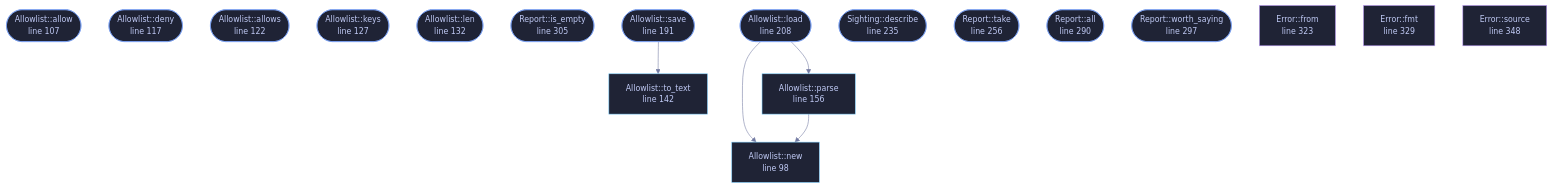
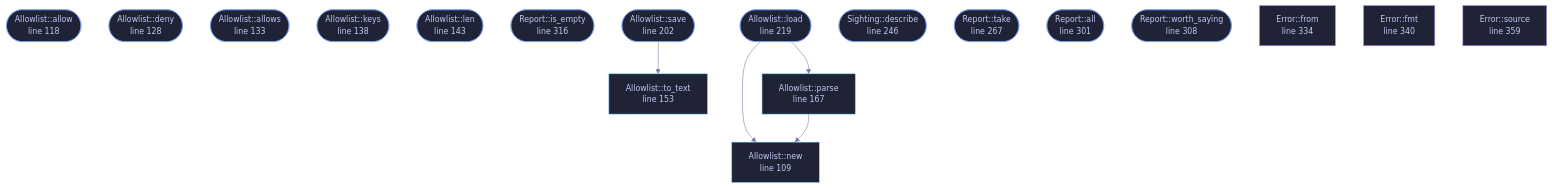
Before and after one commit to tilas01/veilvoice: the diagram in wiki/File-veilvoice-capture-lib.md, drawn with Mermaid. The commit also changed other lines of this file and 182 other files, not shown here.

````diff
--- a/wiki/File-veilvoice-capture-lib.md
+++ b/wiki/File-veilvoice-capture-lib.md
@@ -110,52 +122,52 @@
 ```mermaid
 %%{init: {"theme":"base","themeVariables":{"background":"#1a1b26","primaryColor":"#1f2335","primaryTextColor":"#c0caf5","primaryBorderColor":"#7aa2f7","secondaryColor":"#16161e","tertiaryColor":"#16161e","lineColor":"#737aa2","textColor":"#c0caf5","mainBkg":"#1f2335","nodeBorder":"#7aa2f7","clusterBkg":"#16161e","clusterBorder":"#2f3549","fontFamily":"ui-monospace, SFMono-Regular, Consolas, monospace","fontSize":"14px"}}}%%
 flowchart TD
-    n_new["Allowlist::new<br/>line 98"]
-    n_allow(["Allowlist::allow<br/>line 107"])
-    n_deny(["Allowlist::deny<br/>line 117"])
-    n_allows(["Allowlist::allows<br/>line 122"])
-    n_keys(["Allowlist::keys<br/>line 127"])
-    n_len(["Allowlist::len<br/>line 132"])
-    n_is_empty(["Allowlist::is_empty<br/>line 137"])
-    n_to_text["Allowlist::to_text<br/>line 142"]
-    n_parse["Allowlist::parse<br/>line 156"]
-    n_save(["Allowlist::save<br/>line 191"])
-    n_load(["Allowlist::load<br/>line 208"])
-    n_describe(["Sighting::describe<br/>line 235"])
-    n_take(["Report::take<br/>line 256"])
-    n_all(["Report::all<br/>line 290"])
-    n_worth_saying(["Report::worth_saying<br/>line 297"])
-    n_is_empty(["Report::is_empty<br/>line 305"])
-    n_from["Error::from<br/>line 323"]
-    n_fmt["Error::fmt<br/>line 329"]
-    n_source["Error::source<br/>line 348"]
+    n_new["Allowlist::new<br/>line 109"]
+    n_allow(["Allowlist::allow<br/>line 118"])
+    n_deny(["Allowlist::deny<br/>line 128"])
+    n_allows(["Allowlist::allows<br/>line 133"])
+    n_keys(["Allowlist::keys<br/>line 138"])
+    n_len(["Allowlist::len<br/>line 143"])
+    n_is_empty(["Allowlist::is_empty<br/>line 148"])
+    n_to_text["Allowlist::to_text<br/>line 153"]
+    n_parse["Allowlist::parse<br/>line 167"]
+    n_save(["Allowlist::save<br/>line 202"])
+    n_load(["Allowlist::load<br/>line 219"])
+    n_describe(["Sighting::describe<br/>line 246"])
+    n_take(["Report::take<br/>line 267"])
+    n_all(["Report::all<br/>line 301"])
+    n_worth_saying(["Report::worth_saying<br/>line 308"])
+    n_is_empty(["Report::is_empty<br/>line 316"])
+    n_from["Error::from<br/>line 334"]
+    n_fmt["Error::fmt<br/>line 340"]
+    n_source["Error::source<br/>line 359"]
     n_load --> n_new
     n_load --> n_parse
     n_parse --> n_new
     n_save --> n_to_text
-    click n_new href "https://github.com/tilas01/veilvoice/blob/main/crates/veilvoice-capture/src/lib.rs#L98" "open the source"
-    click n_allow href "https://github.com/tilas01/veilvoice/blob/main/crates/veilvoice-capture/src/lib.rs#L107" "open the source"
-    click n_deny href "https://github.com/tilas01/veilvoice/blob/main/crates/veilvoice-capture/src/lib.rs#L117" "open the source"
-    click n_allows href "https://github.com/tilas01/veilvoice/blob/main/crates/veilvoice-capture/src/lib.rs#L122" "open the source"
-    click n_keys href "https://github.com/tilas01/veilvoice/blob/main/crates/veilvoice-capture/src/lib.rs#L127" "open the source"
-    click n_len href "https://github.com/tilas01/veilvoice/blob/main/crates/veilvoice-capture/src/lib.rs#L132" "open the source"
-    click n_is_empty href "https://github.com/tilas01/veilvoice/blob/main/crates/veilvoice-capture/src/lib.rs#L137" "open the source"
-    click n_to_text href "https://github.com/tilas01/veilvoice/blob/main/crates/veilvoice-capture/src/lib.rs#L142" "open the source"
-    click n_parse href "https://github.com/tilas01/veilvoice/blob/main/crates/veilvoice-capture/src/lib.rs#L156" "open the source"
-    click n_save href "https://github.com/tilas01/veilvoice/blob/main/crates/veilvoice-capture/src/lib.rs#L191" "open the source"
-    click n_load href "https://github.com/tilas01/veilvoice/blob/main/crates/veilvoice-capture/src/lib.rs#L208" "open the source"
-    click n_describe href "https://github.com/tilas01/veilvoice/blob/main/crates/veilvoice-capture/src/lib.rs#L235" "open the source"
-    click n_take href "https://github.com/tilas01/veilvoice/blob/main/crates/veilvoice-capture/src/lib.rs#L256" "open the source"
-    click n_all href "https://github.com/tilas01/veilvoice/blob/main/crates/veilvoice-capture/src/lib.rs#L290" "open the source"
-    click n_worth_saying href "https://github.com/tilas01/veilvoice/blob/main/crates/veilvoice-capture/src/lib.rs#L297" "open the source"
-    click n_is_empty href "https://github.com/tilas01/veilvoice/blob/main/crates/veilvoice-capture/src/lib.rs#L305" "open the source"
-    click n_from href "https://github.com/tilas01/veilvoice/blob/main/crates/veilvoice-capture/src/lib.rs#L323" "open the source"
-    click n_fmt href "https://github.com/tilas01/veilvoice/blob/main/crates/veilvoice-capture/src/lib.rs#L329" "open the source"
-    click n_source href "https://github.com/tilas01/veilvoice/blob/main/crates/veilvoice-capture/src/lib.rs#L348" "open the source"
+    click n_new href "https://github.com/tilas01/veilvoice/blob/main/crates/veilvoice-capture/src/lib.rs#L109" "open the source"
+    click n_allow href "https://github.com/tilas01/veilvoice/blob/main/crates/veilvoice-capture/src/lib.rs#L118" "open the source"
+    click n_deny href "https://github.com/tilas01/veilvoice/blob/main/crates/veilvoice-capture/src/lib.rs#L128" "open the source"
+    click n_allows href "https://github.com/tilas01/veilvoice/blob/main/crates/veilvoice-capture/src/lib.rs#L133" "open the source"
+    click n_keys href "https://github.com/tilas01/veilvoice/blob/main/crates/veilvoice-capture/src/lib.rs#L138" "open the source"
+    click n_len href "https://github.com/tilas01/veilvoice/blob/main/crates/veilvoice-capture/src/lib.rs#L143" "open the source"
+    click n_is_empty href "https://github.com/tilas01/veilvoice/blob/main/crates/veilvoice-capture/src/lib.rs#L148" "open the source"
+    click n_to_text href "https://github.com/tilas01/veilvoice/blob/main/crates/veilvoice-capture/src/lib.rs#L153" "open the source"
+    click n_parse href "https://github.com/tilas01/veilvoice/blob/main/crates/veilvoice-capture/src/lib.rs#L167" "open the source"
+    click n_save href "https://github.com/tilas01/veilvoice/blob/main/crates/veilvoice-capture/src/lib.rs#L202" "open the source"
+    click n_load href "https://github.com/tilas01/veilvoice/blob/main/crates/veilvoice-capture/src/lib.rs#L219" "open the source"
+    click n_describe href "https://github.com/tilas01/veilvoice/blob/main/crates/veilvoice-capture/src/lib.rs#L246" "open the source"
+    click n_take href "https://github.com/tilas01/veilvoice/blob/main/crates/veilvoice-capture/src/lib.rs#L267" "open the source"
+    click n_all href "https://github.com/tilas01/veilvoice/blob/main/crates/veilvoice-capture/src/lib.rs#L301" "open the source"
+    click n_worth_saying href "https://github.com/tilas01/veilvoice/blob/main/crates/veilvoice-capture/src/lib.rs#L308" "open the source"
+    click n_is_empty href "https://github.com/tilas01/veilvoice/blob/main/crates/veilvoice-capture/src/lib.rs#L316" "open the source"
+    click n_from href "https://github.com/tilas01/veilvoice/blob/main/crates/veilvoice-capture/src/lib.rs#L334" "open the source"
+    click n_fmt href "https://github.com/tilas01/veilvoice/blob/main/crates/veilvoice-capture/src/lib.rs#L340" "open the source"
+    click n_source href "https://github.com/tilas01/veilvoice/blob/main/crates/veilvoice-capture/src/lib.rs#L359" "open the source"
     classDef entry fill:#1f2335,stroke:#7aa2f7,color:#c0caf5
     class n_allow,n_deny,n_allows,n_keys,n_len,n_is_empty,n_save,n_load,n_describe,n_take,n_all,n_worth_saying,n_is_empty entry
     classDef api fill:#1f2335,stroke:#7dcfff,color:#c0caf5
     class n_new,n_to_text,n_parse api
     classDef helper fill:#1f2335,stroke:#bb9af7,color:#c0caf5
     class n_from,n_fmt,n_source helper
 ```
````
